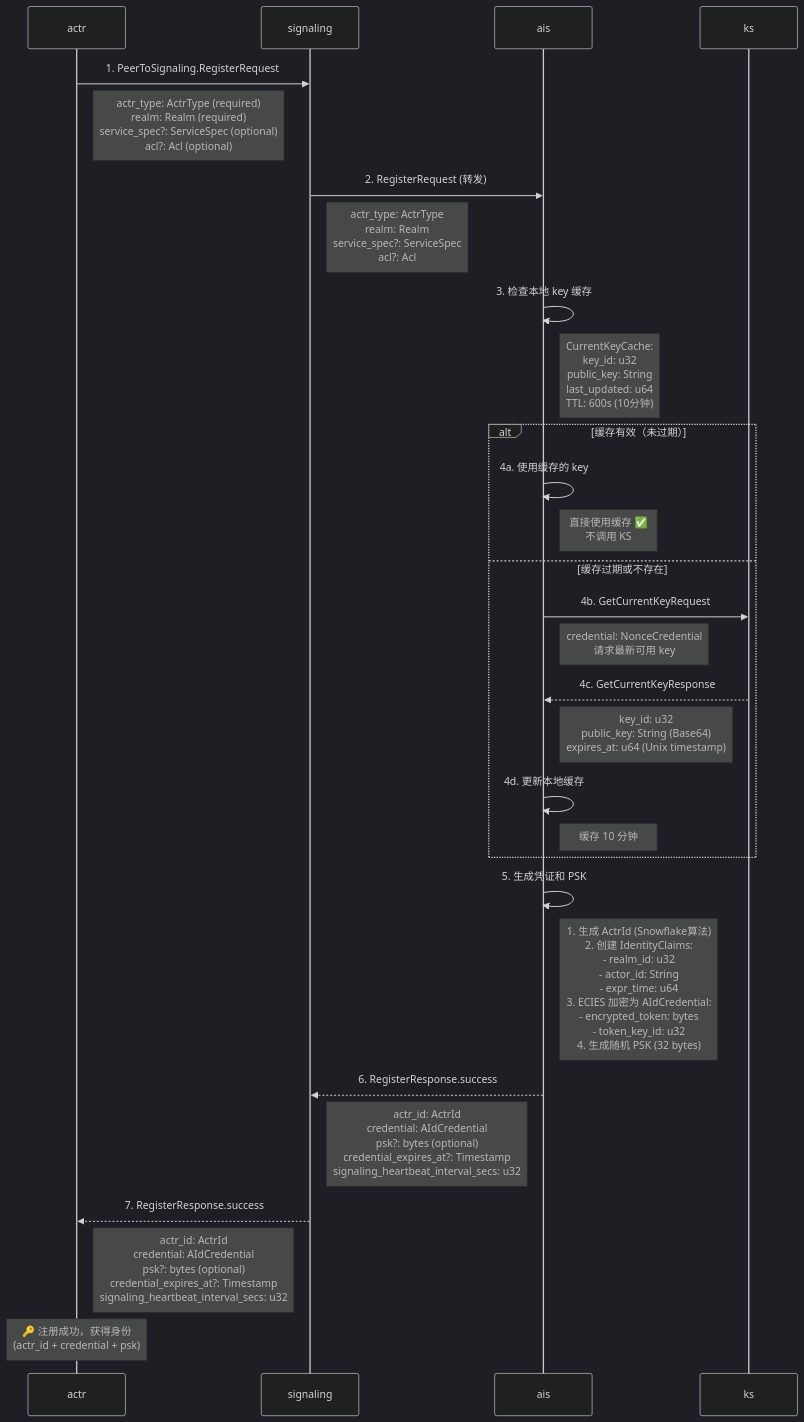
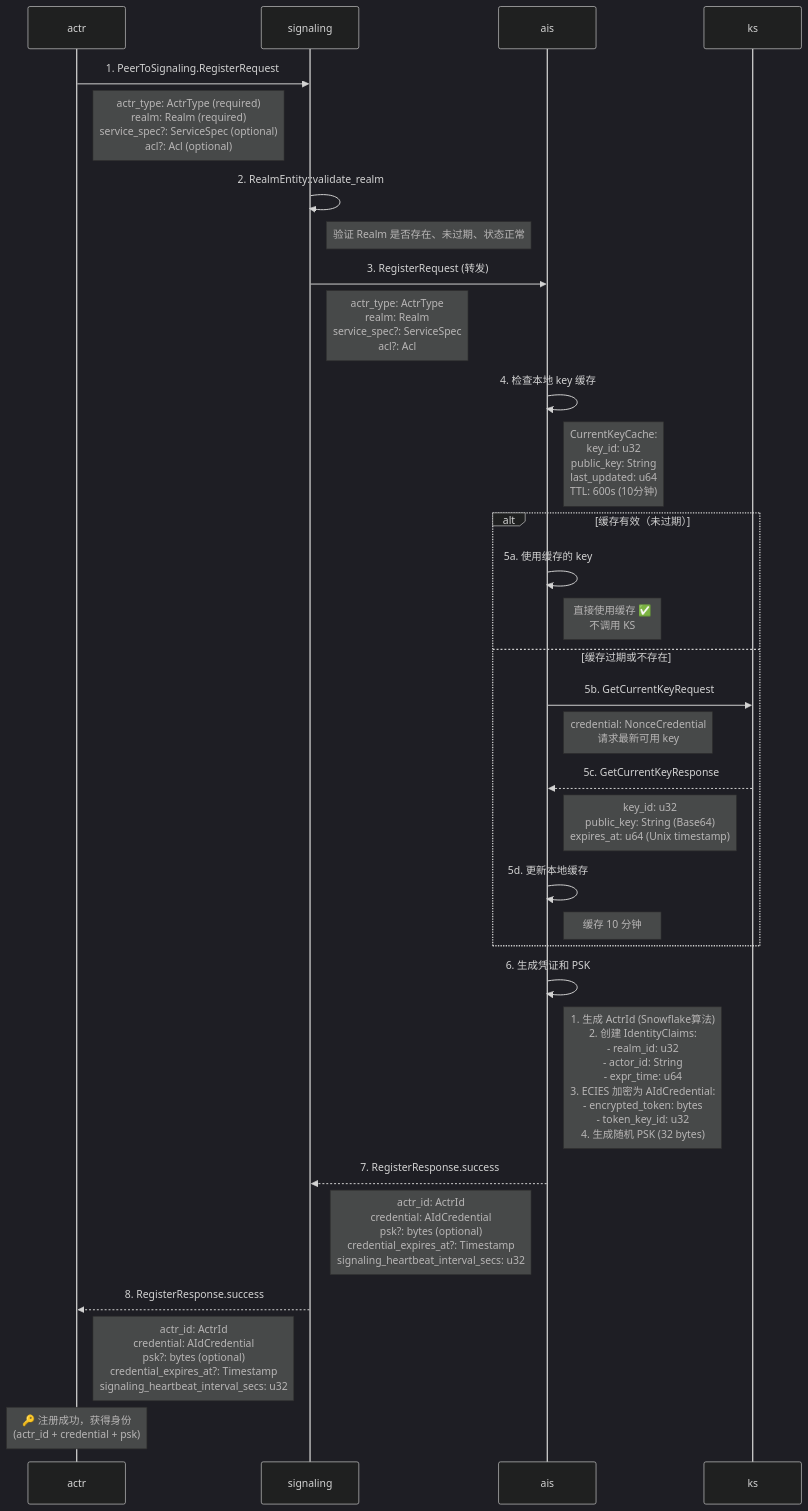
One commit to actor-rtc/actor-rtc.github.io changed the diagram in zh-hans/5.1-registration-flow.md. Above: the diagram before and after it, drawn with Mermaid (dark theme). The commit also changed other lines of this file and 2 other files, not shown here.

Commit message:
fix: realm auth and check

````diff
--- a/zh-hans/5.1-registration-flow.md
+++ b/zh-hans/5.1-registration-flow.md
@@ -13,43 +13,46 @@
 ```mermaid
 sequenceDiagram
     participant actr as actr
     participant signaling as signaling
     participant ais as ais
     participant ks as ks
 
     %% ========== 首次注册流程 ==========
     actr->>signaling: 1. PeerToSignaling.RegisterRequest
     Note right of actr: actr_type: ActrType (required)<br/>realm: Realm (required)<br/>service_spec?: ServiceSpec (optional)<br/>acl?: Acl (optional)
 
-    signaling->>ais: 2. RegisterRequest (转发)
+    signaling->>signaling: 2. RealmEntity::validate_realm
+    Note right of signaling: 验证 Realm 是否存在、未过期、状态正常
+
+    signaling->>ais: 3. RegisterRequest (转发)
     Note right of signaling: actr_type: ActrType<br/>realm: Realm<br/>service_spec?: ServiceSpec<br/>acl?: Acl
 
-    ais->>ais: 3. 检查本地 key 缓存
+    ais->>ais: 4. 检查本地 key 缓存
     Note right of ais: CurrentKeyCache:<br/>  key_id: u32<br/>  public_key: String<br/>  last_updated: u64<br/>  TTL: 600s (10分钟)
 
     alt 缓存有效（未过期）
-        ais->>ais: 4a. 使用缓存的 key
+        ais->>ais: 5a. 使用缓存的 key
         Note right of ais: 直接使用缓存 ✅<br/>不调用 KS
         
     else 缓存过期或不存在
-        ais->>ks: 4b. GetCurrentKeyRequest
+        ais->>ks: 5b. GetCurrentKeyRequest
         Note right of ais: credential: NonceCredential<br/>请求最新可用 key
         
-        ks-->>ais: 4c. GetCurrentKeyResponse
+        ks-->>ais: 5c. GetCurrentKeyResponse
         Note left of ks: key_id: u32<br/>public_key: String (Base64)<br/>expires_at: u64 (Unix timestamp)
         
-        ais->>ais: 4d. 更新本地缓存
+        ais->>ais: 5d. 更新本地缓存
         Note right of ais: 缓存 10 分钟
     end
 
-    ais->>ais: 5. 生成凭证和 PSK
+    ais->>ais: 6. 生成凭证和 PSK
     Note right of ais: 1. 生成 ActrId (Snowflake算法)<br/>2. 创建 IdentityClaims:<br/>   - realm_id: u32<br/>   - actor_id: String<br/>   - expr_time: u64<br/>3. ECIES 加密为 AIdCredential:<br/>   - encrypted_token: bytes<br/>   - token_key_id: u32<br/>4. 生成随机 PSK (32 bytes)
     
-    ais-->>signaling: 6. RegisterResponse.success
+    ais-->>signaling: 7. RegisterResponse.success
     Note left of ais: actr_id: ActrId<br/>credential: AIdCredential<br/>psk?: bytes (optional)<br/>credential_expires_at?: Timestamp<br/>signaling_heartbeat_interval_secs: u32
     
-    signaling-->>actr: 7. RegisterResponse.success
+    signaling-->>actr: 8. RegisterResponse.success
     Note left of signaling: actr_id: ActrId<br/>credential: AIdCredential<br/>psk?: bytes (optional)<br/>credential_expires_at?: Timestamp<br/>signaling_heartbeat_interval_secs: u32
 
     Note over actr: 🔑 注册成功，获得身份<br/>(actr_id + credential + psk)
 ```
````
